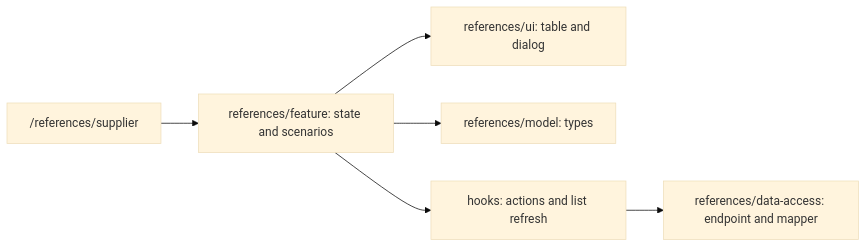
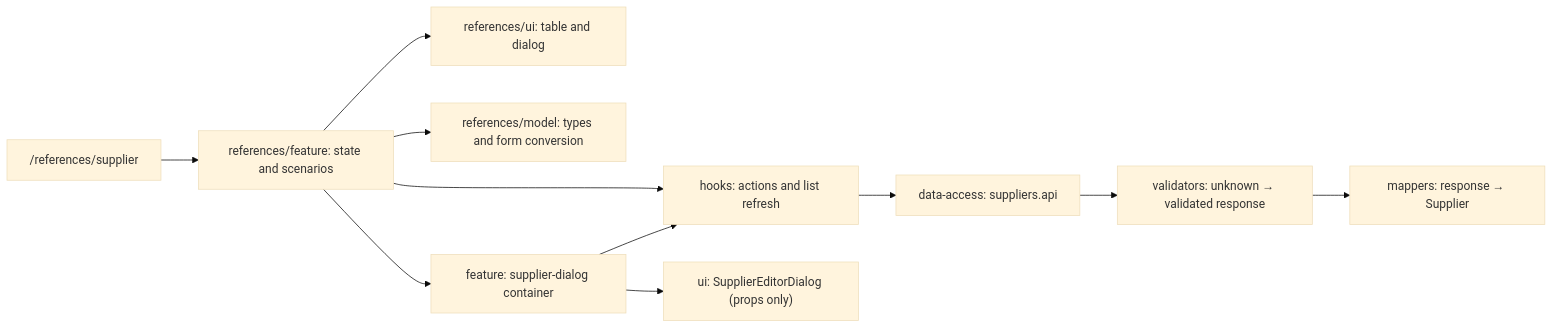
Before and after one commit to Weretik/brevi-web: the diagram in docs/features/admin/references/suppliers.md, drawn with Mermaid (base theme). The commit also changed other lines of this file and 36 other files, not shown here.

````diff
--- a/docs/features/admin/references/suppliers.md
+++ b/docs/features/admin/references/suppliers.md
@@ -14,8 +30,13 @@
 ```mermaid
 flowchart LR
   Route["/references/supplier"] --> Page["references/feature: state and scenarios"]
   Page --> UI["references/ui: table and dialog"]
-  Page --> Model["references/model: types"]
+  Page --> Model["references/model: types and form conversion"]
   Page --> Hooks["hooks: actions and list refresh"]
-  Hooks --> Data["references/data-access: endpoint and mapper"]
+  Page --> Editor["feature: supplier-dialog container"]
+  Editor --> Hooks
+  Editor --> Form["ui: SupplierEditorDialog (props only)"]
+  Hooks --> Data["data-access: suppliers.api"]
+  Data --> Validator["validators: unknown → validated response"]
+  Validator --> Mapper["mappers: response → Supplier"]
 ```
````
